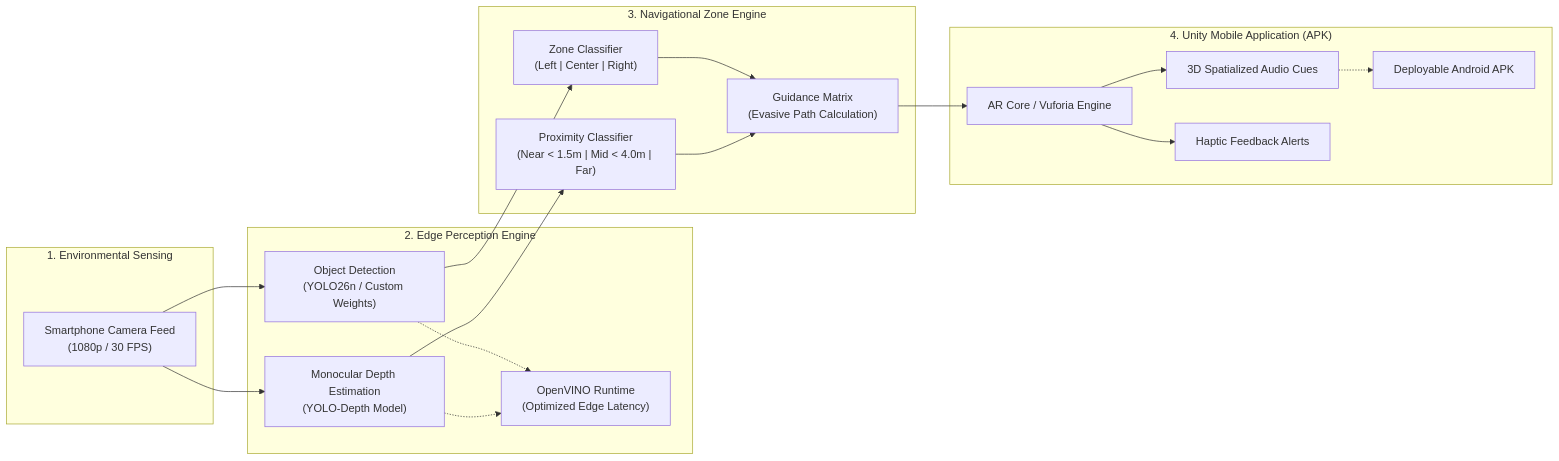
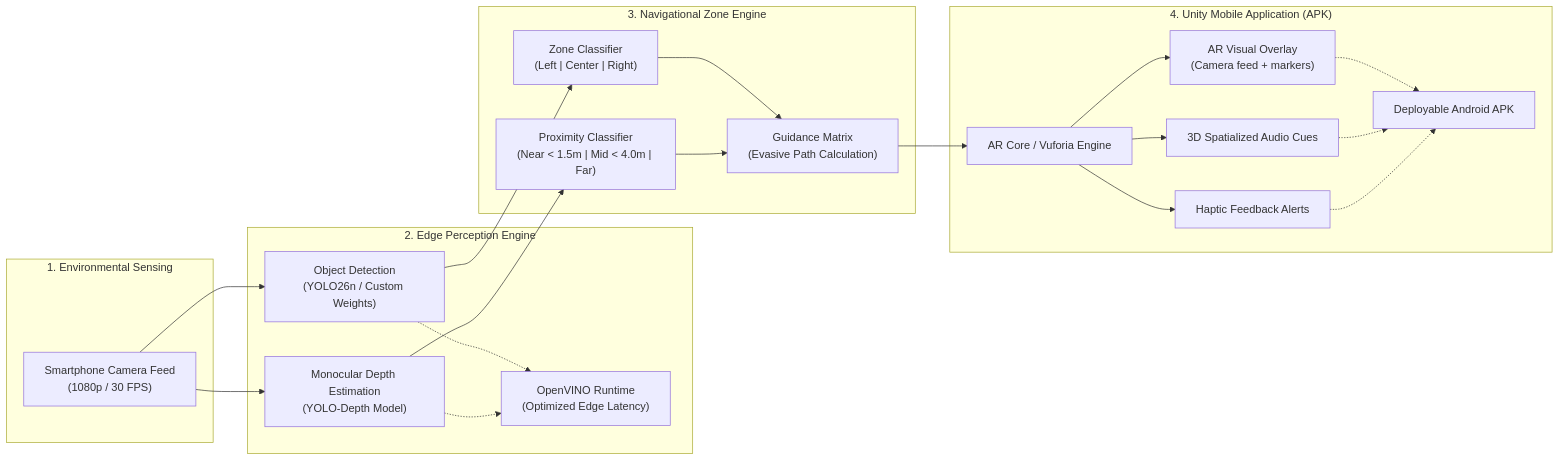
Before and after one commit to Zidarc/Ishara: the diagram in README.md, drawn with Mermaid. The commit also changed other lines of this file, not shown here.

Commit message:
Project Ishara description in README
Expanded description of Project Ishara's capabilities, detailing both visual and non-visual guidance methods for users.

````diff
--- a/README.md
+++ b/README.md
@@ -36,37 +36,40 @@
 ```mermaid
 flowchart LR
     subgraph SENSING["1. Environmental Sensing"]
         CAM["Smartphone Camera Feed\n(1080p / 30 FPS)"]
     end
 
     subgraph INFERENCE["2. Edge Perception Engine"]
         YOLO["Object Detection\n(YOLO26n / Custom Weights)"]
         DEPTH["Monocular Depth Estimation\n(YOLO-Depth Model)"]
         OPENVINO["OpenVINO Runtime\n(Optimized Edge Latency)"]
         CAM --> YOLO
         CAM --> DEPTH
         YOLO -.-> OPENVINO
         DEPTH -.-> OPENVINO
     end
 
     subgraph REASONING["3. Navigational Zone Engine"]
         ZONES["Zone Classifier\n(Left | Center | Right)"]
         PROX["Proximity Classifier\n(Near < 1.5m | Mid < 4.0m | Far)"]
         ALERTS["Guidance Matrix\n(Evasive Path Calculation)"]
         YOLO --> ZONES
         DEPTH --> PROX
         ZONES --> ALERTS
         PROX --> ALERTS
     end
 
     subgraph CLIENT["4. Unity Mobile Application (APK)"]
         AR["AR Core / Vuforia Engine"]
         AUDIO["3D Spatialized Audio Cues"]
         HAPTIC["Haptic Feedback Alerts"]
         ALERTS --> AR
+        AR --> VISUAL["AR Visual Overlay\n(Camera feed + markers)"]
         AR --> AUDIO
         AR --> HAPTIC
         CLIENT_BUILD["Deployable Android APK"]
+        VISUAL -.-> CLIENT_BUILD
         AUDIO -.-> CLIENT_BUILD
+        HAPTIC -.-> CLIENT_BUILD
     end
 ```
````
